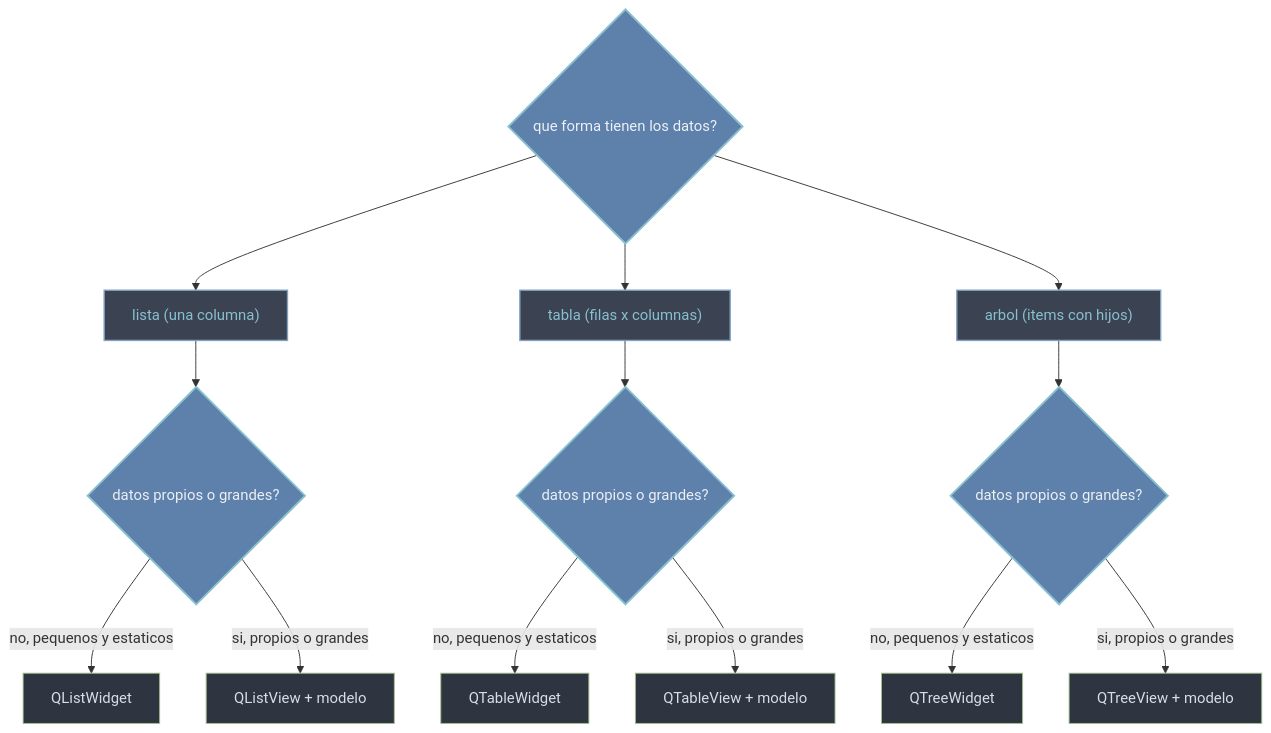
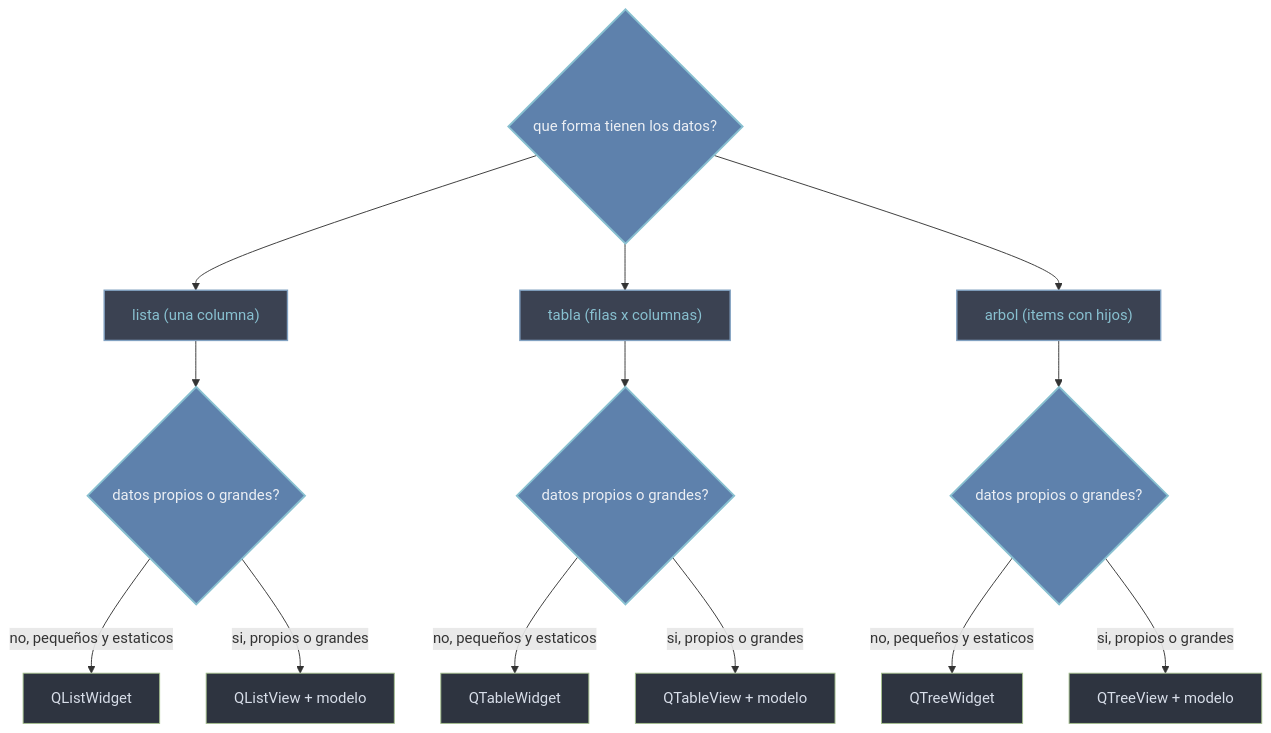
The second of 2 diagrams in Librerias/PyQt6/QtWidgets/vistas/index.md (Pineapple-Mikael-Engineer/Python_Obsidian), drawn with Mermaid before and after one commit. The commit also changed other lines of this file and 85 other files, not shown here.

````diff
--- a/Librerias/PyQt6/QtWidgets/vistas/index.md
+++ b/Librerias/PyQt6/QtWidgets/vistas/index.md
@@ -57,24 +57,24 @@
 ```mermaid
 flowchart TD
     Q{"que forma tienen los datos?"} --> L["lista (una columna)"]
     Q --> T["tabla (filas x columnas)"]
     Q --> A["arbol (items con hijos)"]
 
     L --> DL{"datos propios o grandes?"}
     T --> DT{"datos propios o grandes?"}
     A --> DA{"datos propios o grandes?"}
 
-    DL -->|"no, pequenos y estaticos"| LW["QListWidget"]
+    DL -->|"no, pequeños y estaticos"| LW["QListWidget"]
     DL -->|"si, propios o grandes"| LV["QListView + modelo"]
-    DT -->|"no, pequenos y estaticos"| TW["QTableWidget"]
+    DT -->|"no, pequeños y estaticos"| TW["QTableWidget"]
     DT -->|"si, propios o grandes"| TV["QTableView + modelo"]
-    DA -->|"no, pequenos y estaticos"| AW["QTreeWidget"]
+    DA -->|"no, pequeños y estaticos"| AW["QTreeWidget"]
     DA -->|"si, propios o grandes"| AV["QTreeView + modelo"]
 
     classDef pregunta fill:#5e81ac,stroke:#88c0d0,stroke-width:2px,color:#eceff4;
     classDef grupo fill:#3b4252,stroke:#81a1c1,stroke-width:1.5px,color:#88c0d0;
     classDef hoja fill:#2e3440,stroke:#a3be8c,color:#d8dee9;
     class Q,DL,DT,DA pregunta;
     class L,T,A grupo;
     class LW,LV,TW,TV,AW,AV hoja;
 ```
````
